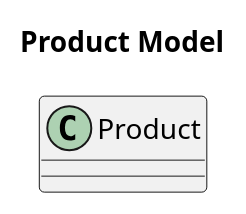
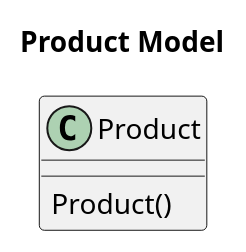
One commit to yunusky/OopWithApplication changed the diagram in Python/chapter_04_01_productmodel.wsd. Above: the diagram before and after it, drawn with PlantUML. The commit also changed 1 other file, not shown here.

```diff
--- a/Python/chapter_04_01_productmodel.wsd
+++ b/Python/chapter_04_01_productmodel.wsd
@@ -1,6 +1,6 @@
 @startuml
 title Product Model
 class Product {
-    
+    Product()
 }
 @enduml
```
